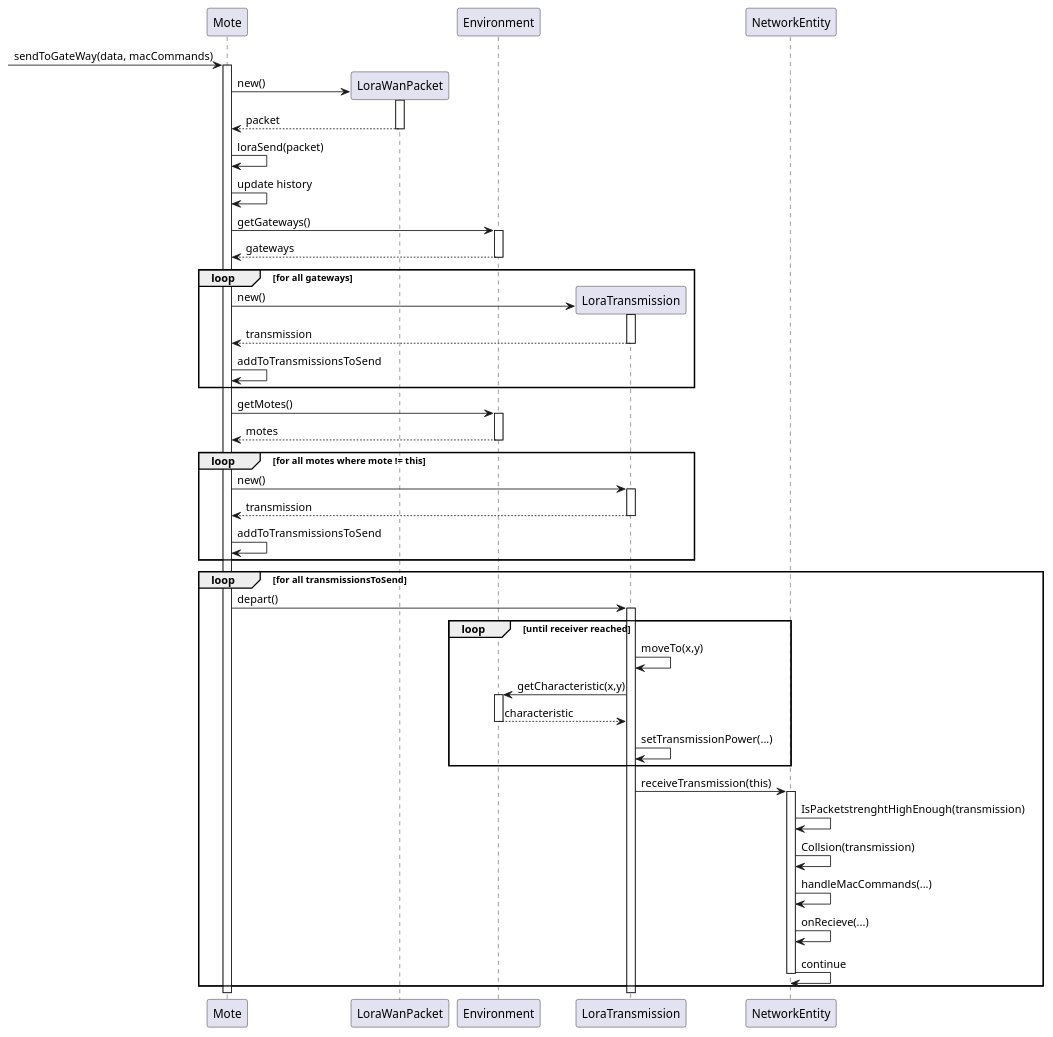
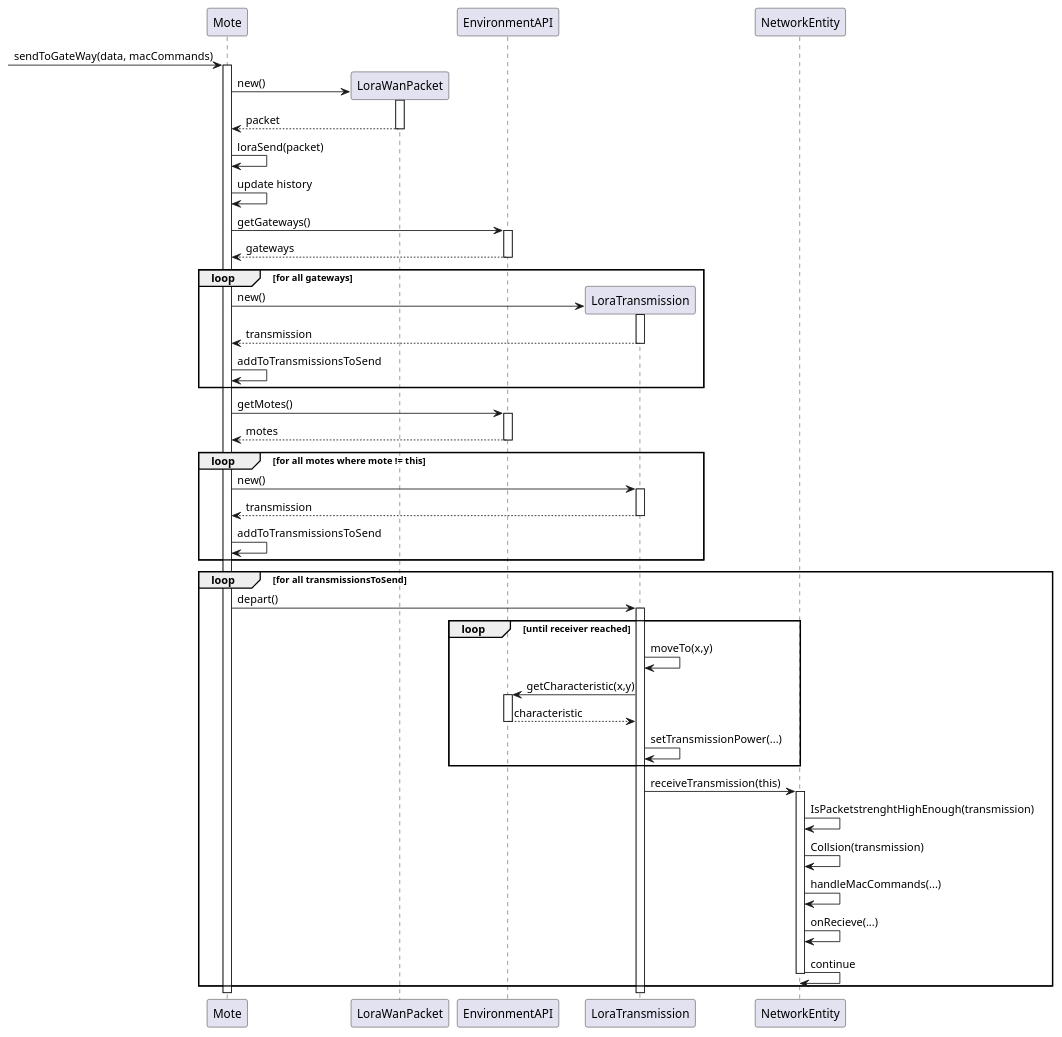
Before and after one commit to UnGuZartex/DingNet: the diagram in Diagrams/LoraTransmission.puml, drawn with PlantUML. The commit also changed 67 other files, not shown here.

```diff
--- a/Diagrams/LoraTransmission.puml
+++ b/Diagrams/LoraTransmission.puml
@@ -1,53 +1,53 @@
 @startuml
  -> Mote: sendToGateWay(data, macCommands)
  activate Mote
  create LoraWanPacket
  Mote -> LoraWanPacket: new()
  activate LoraWanPacket
  return packet
 
  Mote -> Mote: loraSend(packet)
  Mote -> Mote: update history
- Mote -> Environment: getGateways()
- activate Environment
+ Mote -> EnvironmentAPI: getGateways()
+ activate EnvironmentAPI
  return gateways
  loop for all gateways
  create LoraTransmission
    Mote -> LoraTransmission: new()
    activate LoraTransmission
    return transmission
    Mote -> Mote : addToTransmissionsToSend
  end
- Mote -> Environment: getMotes()
- activate Environment
+ Mote -> EnvironmentAPI: getMotes()
+ activate EnvironmentAPI
  return motes
  loop for all motes where mote != this
     Mote -> LoraTransmission: new()
     activate LoraTransmission
     return transmission
     Mote -> Mote : addToTransmissionsToSend
   end
 
   loop for all transmissionsToSend
   activate LoraTransmission
      Mote -> LoraTransmission: depart()
      loop until receiver reached
      activate LoraTransmission
      LoraTransmission -> LoraTransmission: moveTo(x,y)
-     LoraTransmission -> Environment: getCharacteristic(x,y)
-     activate Environment
+     LoraTransmission -> EnvironmentAPI: getCharacteristic(x,y)
+     activate EnvironmentAPI
      return characteristic
      LoraTransmission -> LoraTransmission: setTransmissionPower(...)
      end
      LoraTransmission -> NetworkEntity: receiveTransmission(this)
      activate NetworkEntity
      NetworkEntity -> NetworkEntity: IsPacketstrenghtHighEnough(transmission)
      NetworkEntity -> NetworkEntity: Collsion(transmission)
      NetworkEntity -> NetworkEntity: handleMacCommands(...)
      NetworkEntity -> NetworkEntity: onRecieve(...)
      NetworkEntity -> NetworkEntity: continue
     deactivate
      end
 
 
 @enduml
```
